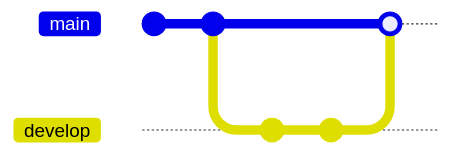
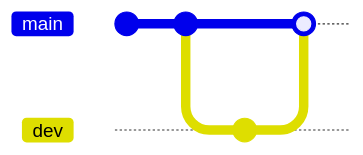
Before and after one commit to BlairLAdams/RPi5: the eighth of 10 diagrams in mkdocs/docs/MermaidDiagrams.md, drawn with Mermaid. The commit also changed other lines of this file and 33 other files, not shown here. Commit ids are hidden.

````diff
--- a/mkdocs/docs/MermaidDiagrams.md
+++ b/mkdocs/docs/MermaidDiagrams.md
@@ -137,11 +281,10 @@
 ```mermaid
 gitGraph
   commit
   commit
-  branch develop
-  checkout develop
-  commit
+  branch dev
+  checkout dev
   commit
   checkout main
-  merge develop
+  merge dev
 ```
````
